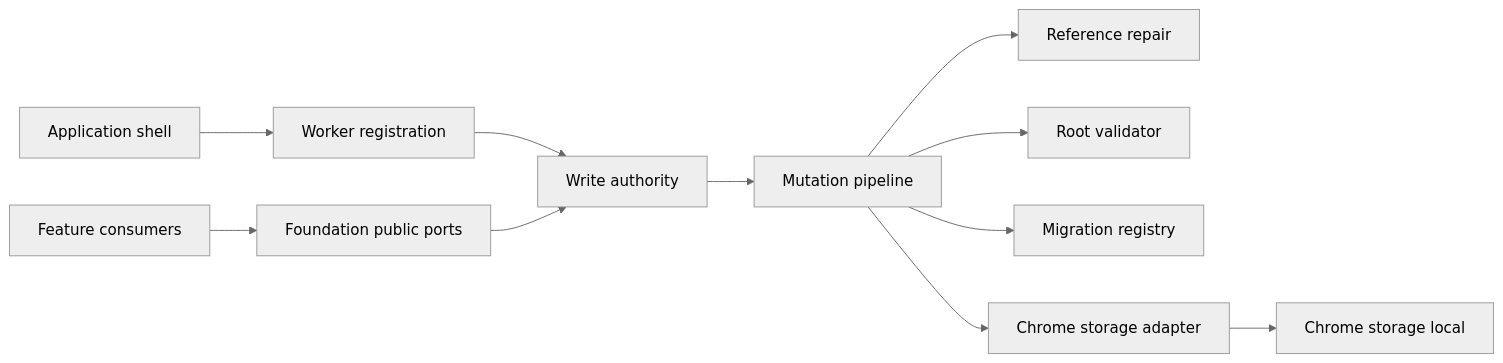
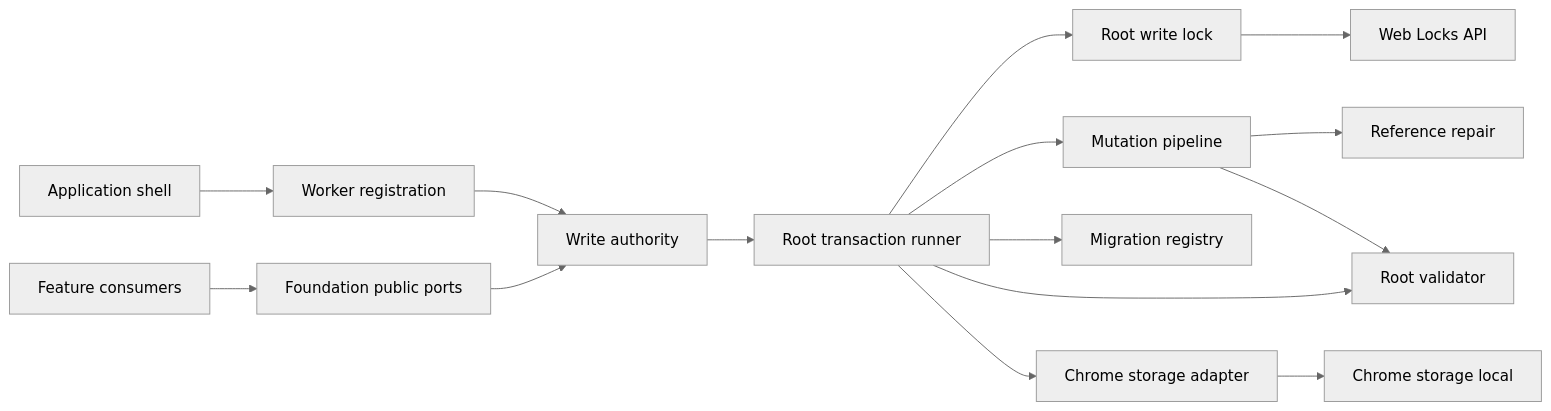
Before and after one commit to Huruikagi/pc-build-planner: the first of 4 diagrams in .kiro/specs/local-data-foundation/design.md, drawn with Mermaid (neutral theme). The commit also changed other lines of this file and 11 other files, not shown here.

````diff
--- a/.kiro/specs/local-data-foundation/design.md
+++ b/.kiro/specs/local-data-foundation/design.md
@@ -55,13 +57,17 @@
 ```mermaid
 graph LR
     Feature[Feature consumers] --> Ports[Foundation public ports]
     Shell[Application shell] --> Registration[Worker registration]
     Registration --> Authority[Write authority]
     Ports --> Authority
-    Authority --> Mutation[Mutation pipeline]
+    Authority --> Runner[Root transaction runner]
+    Runner --> Lock[Root write lock]
+    Runner --> Mutation[Mutation pipeline]
     Mutation --> Repair[Reference repair]
     Mutation --> Validator[Root validator]
-    Mutation --> Migration[Migration registry]
-    Mutation --> Adapter[Chrome storage adapter]
+    Runner --> Migration[Migration registry]
+    Runner --> Validator
+    Runner --> Adapter[Chrome storage adapter]
+    Lock --> WebLocks[Web Locks API]
     Adapter --> Storage[Chrome storage local]
 ```
````
